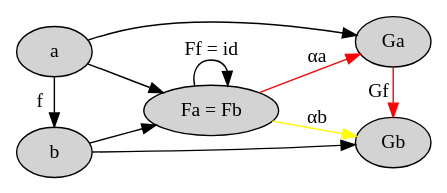
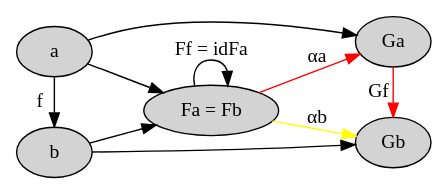
Before and after one commit to evenbrenden/ct4p-challenges: the diagram in chapter17-challenge1-part1.dot, drawn with Graphviz. The commit also changed 14 other files, not shown here.

```diff
--- a/chapter17-challenge1-part1.dot
+++ b/chapter17-challenge1-part1.dot
@@ -1,23 +1,23 @@
 digraph {
   node [style="filled" color="black" fillcolor="lightgray"]
 
   rankdir=LR
   { rank=same a b }
   { rank=same Ga Gb }
 
   a [label="a"]
   b [label="b"]
   Ga [label="Ga"]
   Gb [label="Gb"]
   FaFb [label="Fa = Fb"]
 
   a -> b [label="f"]
   a -> Ga
   b -> Gb
   a -> FaFb
   b -> FaFb
-  FaFb -> FaFb [label="Ff = id"]
+  FaFb -> FaFb [label="Ff = idFa"]
   Ga -> Gb [label="Gf" color="red"]
   FaFb -> Ga [label="αa" color="red"]
   FaFb -> Gb [label="αb" color="yellow"]
 }
```
